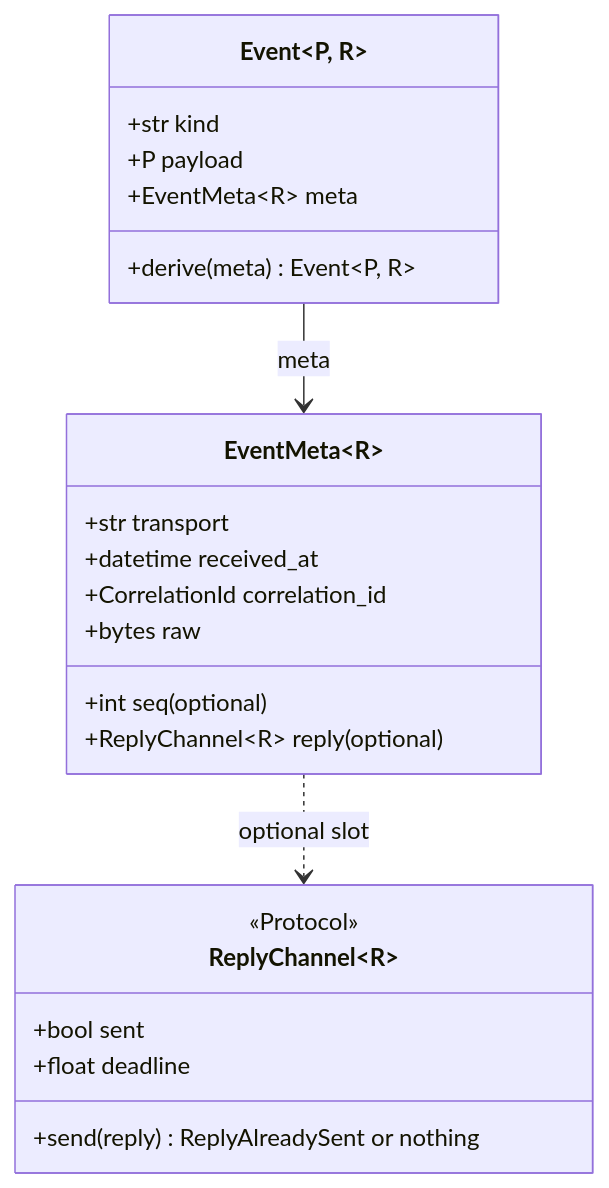
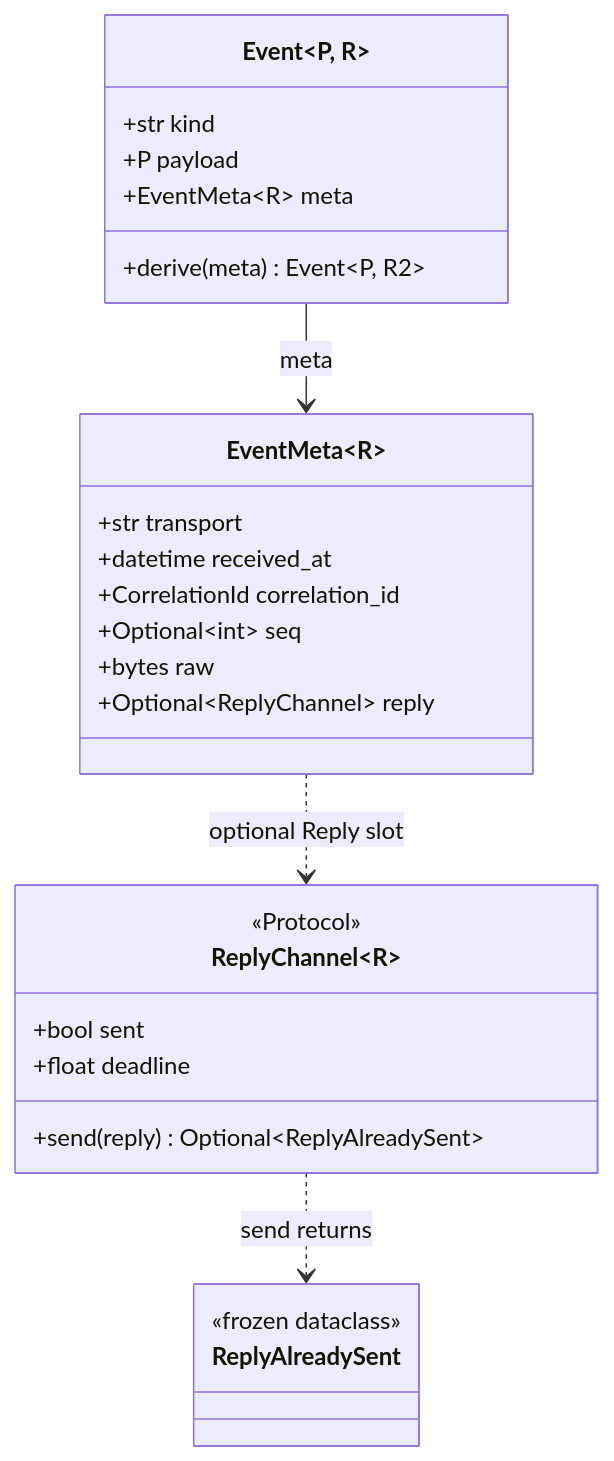
The first of 5 diagrams in docs/design/components/event.md (dmastapkovich/aiommbot), drawn with Mermaid before and after one commit. The commit also changed other lines of this file and 7 other files, not shown here.

Commit message:
docs(event): declared contravariance of R, derive over its own R2, ReplyAlreadySent in the Core (#86)

````diff
--- a/docs/design/components/event.md
+++ b/docs/design/components/event.md
@@ -58,25 +61,29 @@
 ```mermaid
 classDiagram
     class Event~P, R~ {
         +str kind
         +P payload
         +EventMeta~R~ meta
-        +derive(meta) Event~P, R~
+        +derive(meta) Event~P, R2~
     }
     class EventMeta~R~ {
         +str transport
         +datetime received_at
         +CorrelationId correlation_id
-        +int seq (optional)
+        +Optional~int~ seq
         +bytes raw
-        +ReplyChannel~R~ reply (optional)
+        +Optional~ReplyChannel~ reply
     }
     class ReplyChannel~R~ {
         <<Protocol>>
         +bool sent
         +float deadline
-        +send(reply) ReplyAlreadySent or nothing
+        +send(reply) Optional~ReplyAlreadySent~
+    }
+    class ReplyAlreadySent {
+        <<frozen dataclass>>
     }
     Event~P, R~ --> EventMeta~R~ : meta
-    EventMeta~R~ ..> ReplyChannel~R~ : optional slot
+    EventMeta~R~ ..> ReplyChannel~R~ : optional Reply slot
+    ReplyChannel~R~ ..> ReplyAlreadySent : send returns
 ```
````
